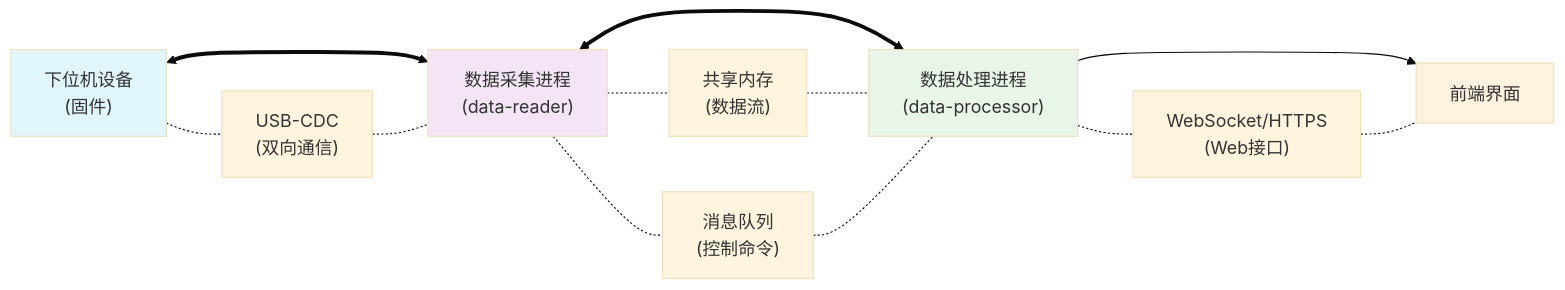
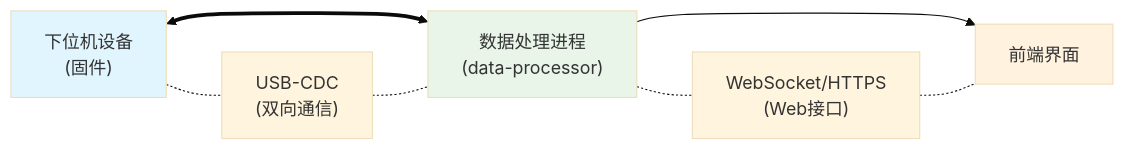
One commit to distri-data-recorder/data-recorder-backend changed the first of 3 diagrams in doc/protocol_doc.md. Above: the diagram before and after it, drawn with Mermaid (base theme). The commit also changed other lines of this file and 1 other file, not shown here.

````diff
--- a/doc/protocol_doc.md
+++ b/doc/protocol_doc.md
@@ -11,28 +11,19 @@
 ```mermaid
 graph LR
     A["下位机设备<br/>(固件)"] 
-    B["数据采集进程<br/>(data-reader)"]
-    C["数据处理进程<br/>(data-processor)"] 
-    D["前端界面"]
+    B["数据处理进程<br/>(data-processor)"] 
+    C["前端界面"]
 
     A <==> B
-    B <==> C
-    C --> D
+    B --> C
 
-    A -.- E["USB-CDC<br/>(双向通信)"]
-    E -.- B
+    A -.- D["USB-CDC<br/>(双向通信)"]
+    D -.- B
     
-    B -.- F["共享内存<br/>(数据流)"]
-    F -.- C
-    
-    B -.- G["消息队列<br/>(控制命令)"]  
-    G -.- C
-    
-    C -.- H["WebSocket/HTTPS<br/>(Web接口)"]
-    H -.- D
+    B -.- E["WebSocket/HTTPS<br/>(Web接口)"]
+    E -.- C
 
     style A fill:#e1f5fe
-    style B fill:#f3e5f5  
-    style C fill:#e8f5e8
-    style D fill:#fff3e0
+    style B fill:#e8f5e8
+    style C fill:#fff3e0
 ```
````
